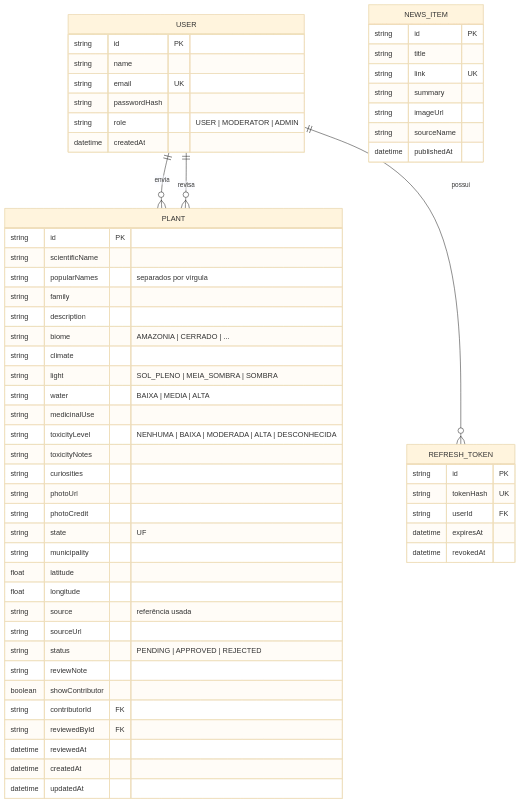
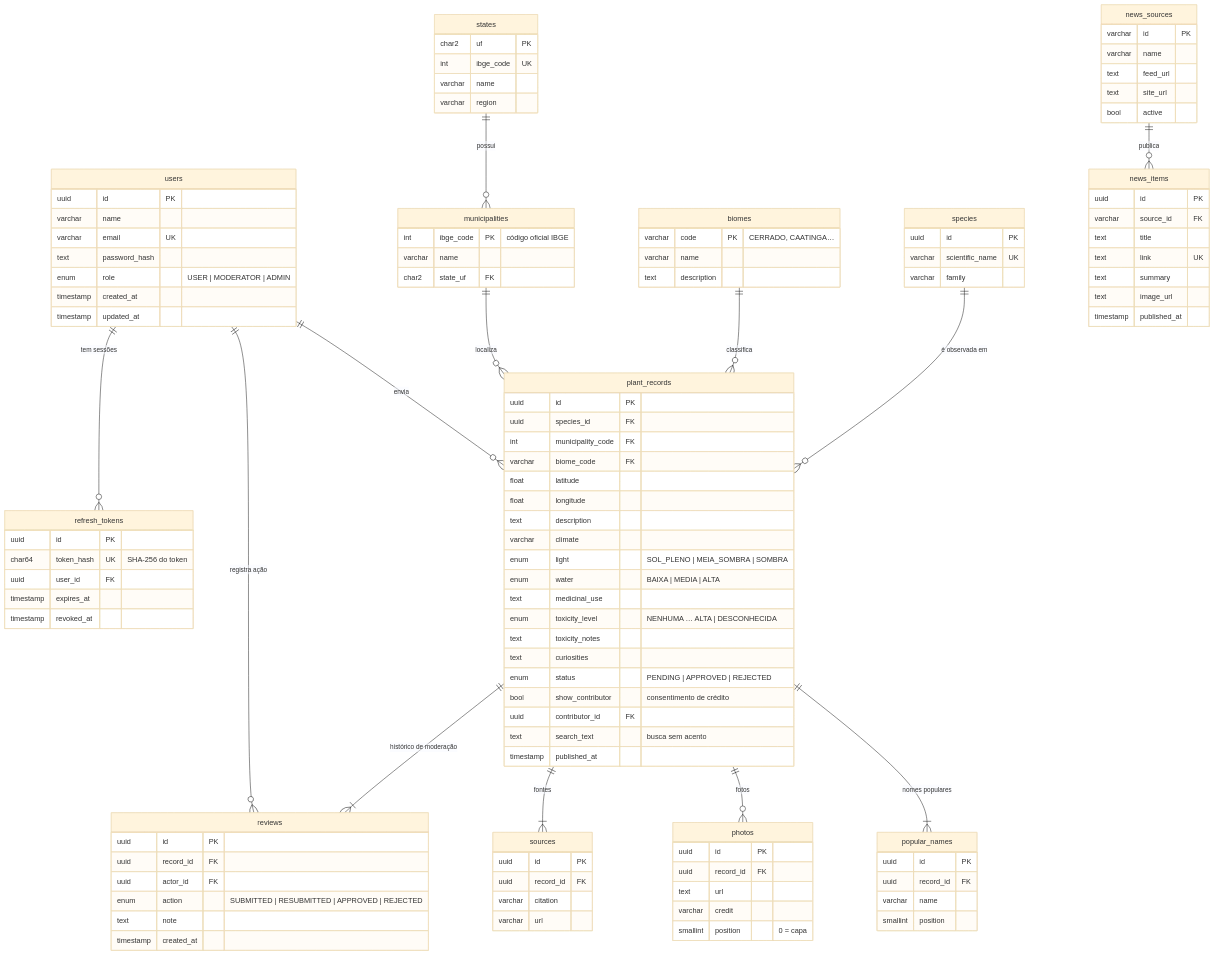
The first of 2 diagrams in docs/03-modelo-de-dados.md (madeiragab/verdejar), drawn with Mermaid (base theme) before and after one commit. The commit also changed other lines of this file and 5 other files, not shown here.

````diff
--- a/docs/03-modelo-de-dados.md
+++ b/docs/03-modelo-de-dados.md
@@ -3,65 +9,120 @@
 ```mermaid
 erDiagram
-    USER ||--o{ PLANT : "envia"
-    USER ||--o{ PLANT : "revisa"
-    USER ||--o{ REFRESH_TOKEN : "possui"
+    users ||--o{ refresh_tokens : "tem sessões"
+    users ||--o{ plant_records : "envia"
+    users ||--o{ reviews : "registra ação"
 
-    USER {
-        string id PK
-        string name
-        string email UK
-        string passwordHash
-        string role "USER | MODERATOR | ADMIN"
-        datetime createdAt
+    states ||--o{ municipalities : "possui"
+    municipalities ||--o{ plant_records : "localiza"
+    biomes ||--o{ plant_records : "classifica"
+    species ||--o{ plant_records : "é observada em"
+
+    plant_records ||--|{ popular_names : "nomes populares"
+    plant_records ||--o{ photos : "fotos"
+    plant_records ||--|{ sources : "fontes"
+    plant_records ||--|{ reviews : "histórico de moderação"
+
+    news_sources ||--o{ news_items : "publica"
+
+    users {
+        uuid id PK
+        varchar name
+        varchar email UK
+        text password_hash
+        enum role "USER | MODERATOR | ADMIN"
+        timestamp created_at
+        timestamp updated_at
     }
-
-    PLANT {
-        string id PK
-        string scientificName
-        string popularNames "separados por vírgula"
-        string family
-        string description
-        string biome "AMAZONIA | CERRADO | ..."
-        string climate
-        string light "SOL_PLENO | MEIA_SOMBRA | SOMBRA"
-        string water "BAIXA | MEDIA | ALTA"
-        string medicinalUse
-        string toxicityLevel "NENHUMA | BAIXA | MODERADA | ALTA | DESCONHECIDA"
-        string toxicityNotes
-        string curiosities
-        string photoUrl
-        string photoCredit
-        string state "UF"
-        string municipality
+    refresh_tokens {
+        uuid id PK
+        char64 token_hash UK "SHA-256 do token"
+        uuid user_id FK
+        timestamp expires_at
+        timestamp revoked_at
+    }
+    states {
+        char2 uf PK
+        int ibge_code UK
+        varchar name
+        varchar region
+    }
+    municipalities {
+        int ibge_code PK "código oficial IBGE"
+        varchar name
+        char2 state_uf FK
+    }
+    biomes {
+        varchar code PK "CERRADO, CAATINGA…"
+        varchar name
+        text description
+    }
+    species {
+        uuid id PK
+        varchar scientific_name UK
+        varchar family
+    }
+    plant_records {
+        uuid id PK
+        uuid species_id FK
+        int municipality_code FK
+        varchar biome_code FK
         float latitude
         float longitude
-        string source "referência usada"
-        string sourceUrl
-        string status "PENDING | APPROVED | REJECTED"
-        string reviewNote
-        boolean showContributor
-        string contributorId FK
-        string reviewedById FK
-        datetime reviewedAt
-        datetime createdAt
-        datetime updatedAt
+        text description
+        varchar climate
+        enum light "SOL_PLENO | MEIA_SOMBRA | SOMBRA"
+        enum water "BAIXA | MEDIA | ALTA"
+        text medicinal_use
+        enum toxicity_level "NENHUMA … ALTA | DESCONHECIDA"
+        text toxicity_notes
+        text curiosities
+        enum status "PENDING | APPROVED | REJECTED"
+        bool show_contributor "consentimento de crédito"
+        uuid contributor_id FK
+        text search_text "busca sem acento"
+        timestamp published_at
     }
-
-    REFRESH_TOKEN {
-        string id PK
-        string tokenHash UK
-        string userId FK
-        datetime expiresAt
-        datetime revokedAt
+    popular_names {
+        uuid id PK
+        uuid record_id FK
+        varchar name
+        smallint position
     }
-
-    NEWS_ITEM {
-        string id PK
-        string title
-        string link UK
-        string summary
-        string imageUrl
-        string sourceName
-        datetime publishedAt
+    photos {
+        uuid id PK
+        uuid record_id FK
+        text url
+        varchar credit
+        smallint position "0 = capa"
+    }
+    sources {
+        uuid id PK
+        uuid record_id FK
+        varchar citation
+        varchar url
+    }
+    reviews {
+        uuid id PK
+        uuid record_id FK
+        uuid actor_id FK
+        enum action "SUBMITTED | RESUBMITTED | APPROVED | REJECTED"
+        text note
+        timestamp created_at
+    }
+    news_sources {
+        varchar id PK
+        varchar name
+        text feed_url
+        text site_url
+        bool active
+    }
+    news_items {
+        uuid id PK
+        varchar source_id FK
+        text title
+        text link UK
+        text summary
+        text image_url
+        timestamp published_at
     }
 ```
````
